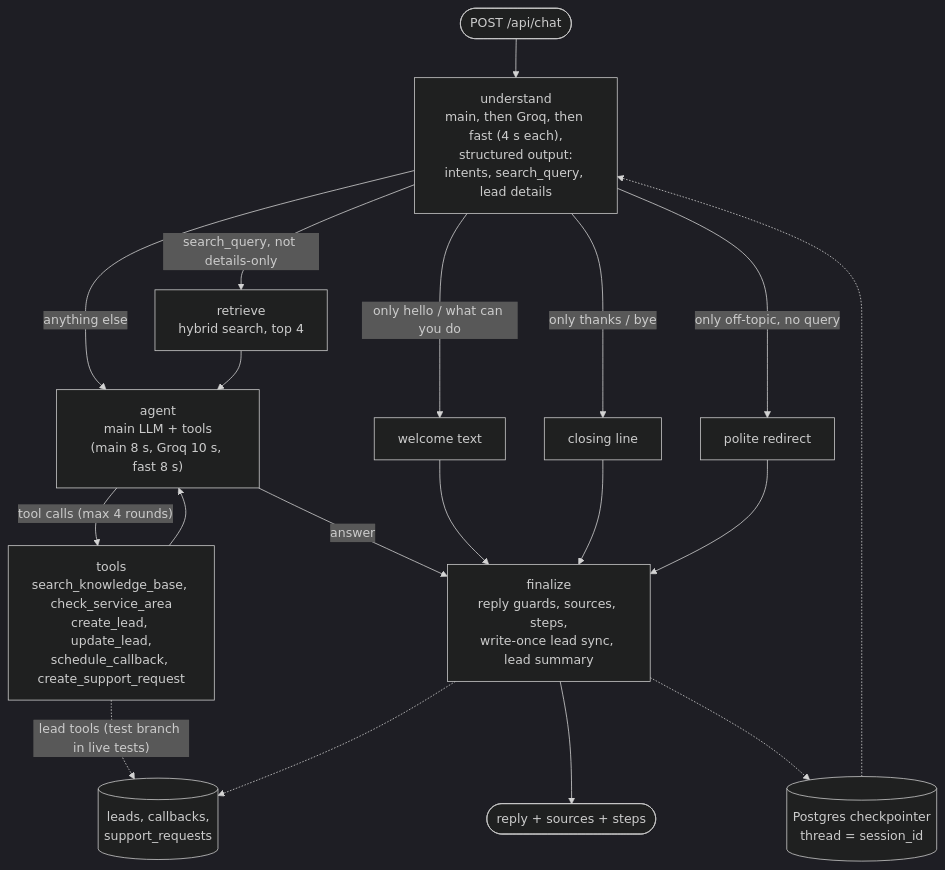
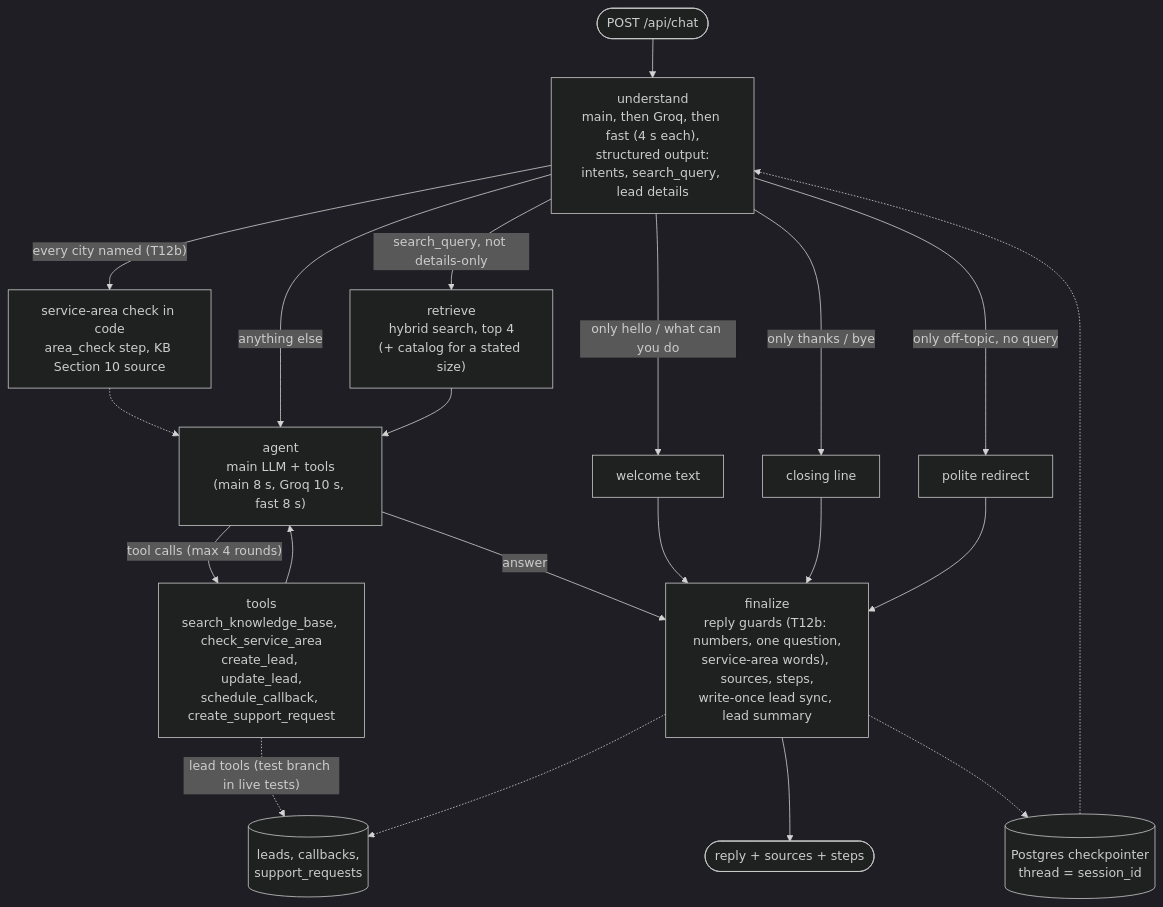
Before and after one commit to AdithyaChauhan/vantis-sales-agent: the eighth of 9 diagrams in docs/ARCHITECTURE.md, drawn with Mermaid (dark theme). The commit also changed other lines of this file and 50 other files, not shown here.

````diff
--- a/docs/ARCHITECTURE.md
+++ b/docs/ARCHITECTURE.md
@@ -152,21 +154,23 @@
 ```mermaid
 flowchart TD
   msg(["POST /api/chat"]) --> understand["understand<br/>main, then Groq, then fast (4 s each),<br/>structured output:<br/>intents, search_query, lead details"]
   understand -->|"only hello / what can you do"| welcome["welcome text"]
   understand -->|"only thanks / bye"| closing["closing line"]
   understand -->|"only off-topic, no query"| redirect["polite redirect"]
-  understand -->|"search_query, not details-only"| retrieve["retrieve<br/>hybrid search, top 4"]
+  understand -->|"every city named (T12b)"| areas["service-area check in code<br/>area_check step, KB Section 10 source"]
+  areas -.-> agent
+  understand -->|"search_query, not details-only"| retrieve["retrieve<br/>hybrid search, top 4<br/>(+ catalog for a stated size)"]
   understand -->|"anything else"| agent
   retrieve --> agent["agent<br/>main LLM + tools<br/>(main 8 s, Groq 10 s, fast 8 s)"]
   agent -->|"tool calls (max 4 rounds)"| tools["tools<br/>search_knowledge_base, check_service_area<br/>create_lead, update_lead,<br/>schedule_callback, create_support_request"]
   tools -.->|"lead tools (test branch in live tests)"| leadsdb[("leads, callbacks,<br/>support_requests")]
   tools --> agent
-  agent -->|"answer"| finalize["finalize<br/>reply guards, sources, steps,<br/>write-once lead sync, lead summary"]
+  agent -->|"answer"| finalize["finalize<br/>reply guards (T12b: numbers, one question,<br/>service-area words), sources, steps,<br/>write-once lead sync, lead summary"]
   finalize -.-> leadsdb
   welcome --> finalize
   closing --> finalize
   redirect --> finalize
   finalize --> reply(["reply + sources + steps"])
   memory[("Postgres checkpointer<br/>thread = session_id")] -.-> understand
   finalize -.-> memory
 ```
````
